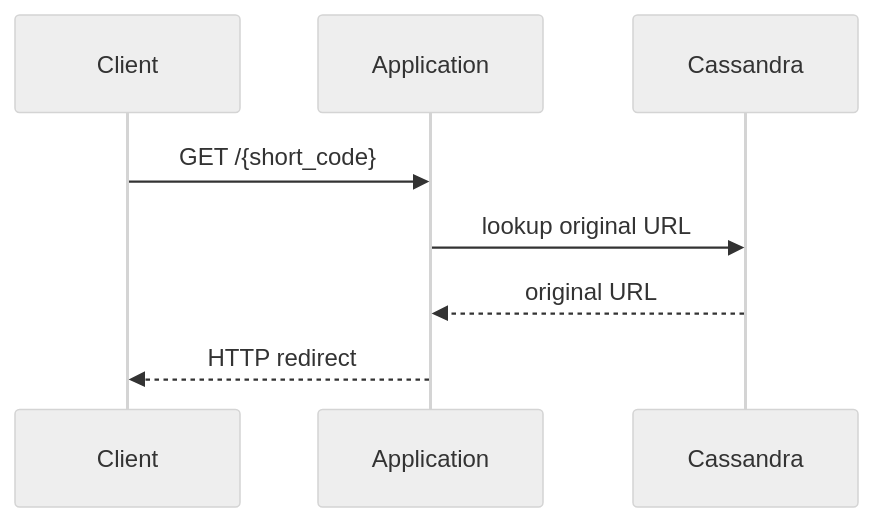
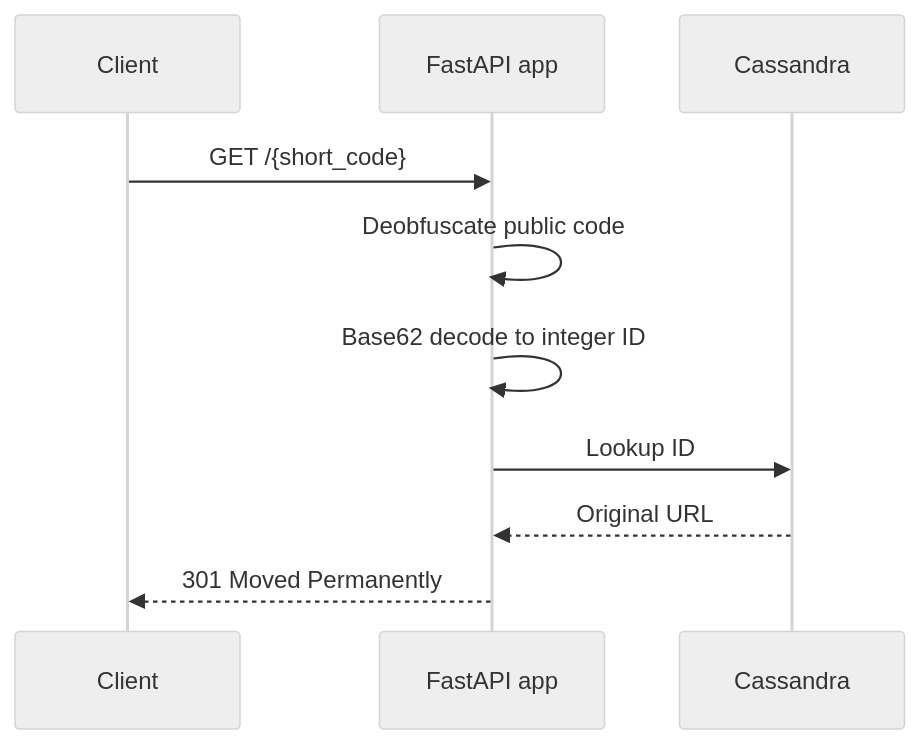
The third of 3 diagrams in docs/en/architecture.md (juniocr26/url-shortener), drawn with Mermaid (neutral theme) before and after one commit. The commit also changed other lines of this file and 31 other files, not shown here.

Commit message:
feat: complete URL shortening flow with Redis and Cassandra

````diff
--- a/docs/en/architecture.md
+++ b/docs/en/architecture.md
@@ -90,11 +79,13 @@
 ```mermaid
 sequenceDiagram
     participant Client
-    participant App as Application
+    participant App as FastAPI app
     participant Cassandra
 
     Client->>App: GET /{short_code}
-    App->>Cassandra: lookup original URL
-    Cassandra-->>App: original URL
-    App-->>Client: HTTP redirect
+    App->>App: Deobfuscate public code
+    App->>App: Base62 decode to integer ID
+    App->>Cassandra: Lookup ID
+    Cassandra-->>App: Original URL
+    App-->>Client: 301 Moved Permanently
 ```
````
